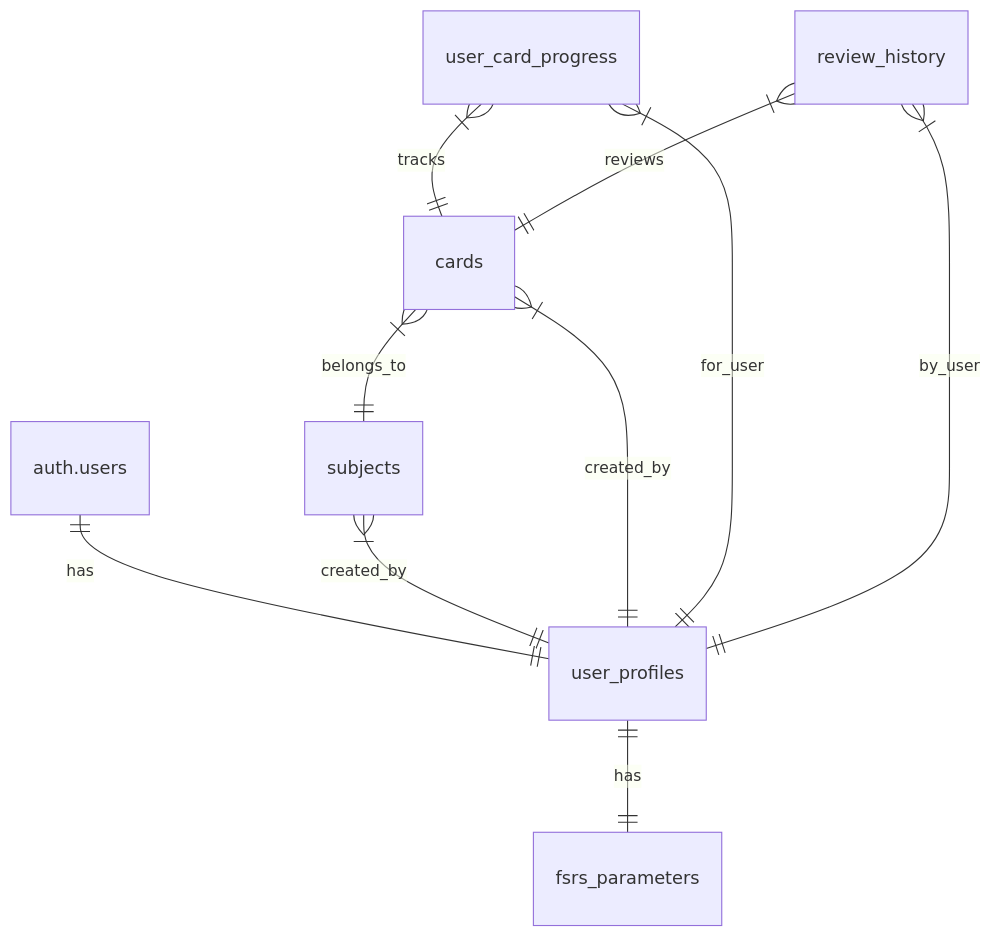
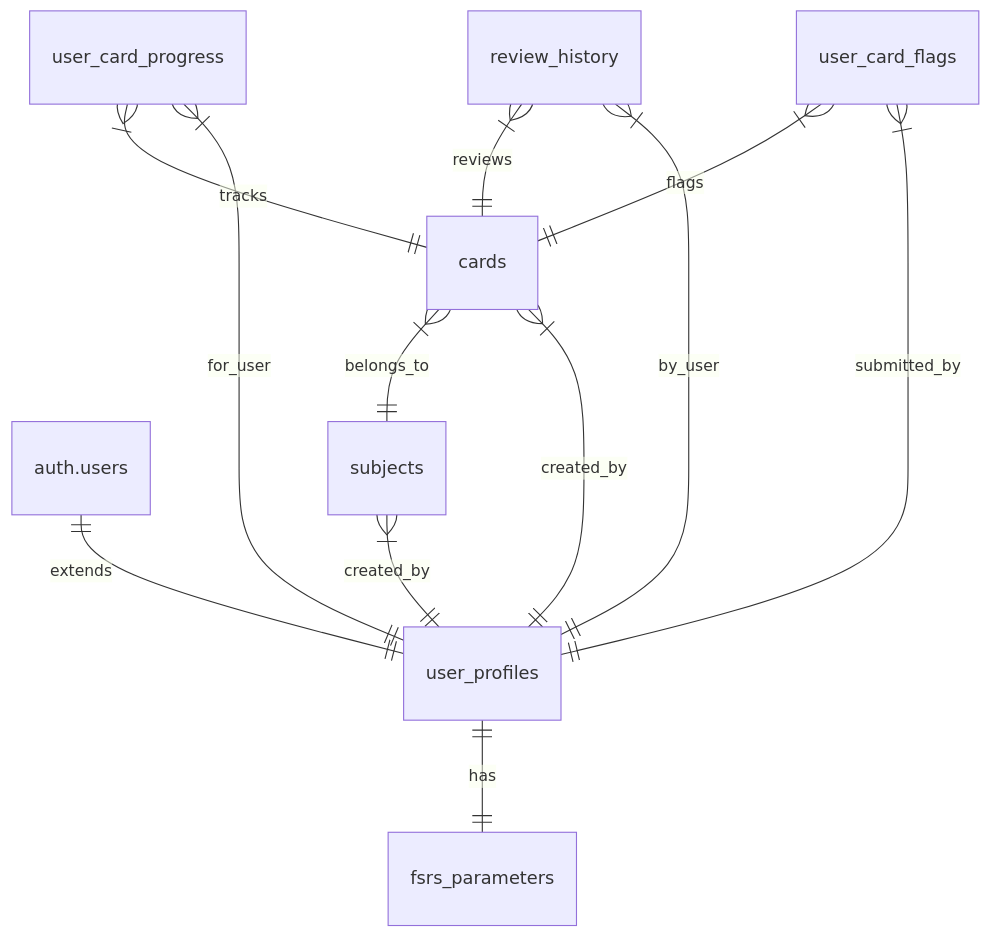
The diagram in migration/README.md (smibbs/sparep), drawn with Mermaid before and after one commit. The commit also changed other lines of this file and 42 other files, not shown here.

First line of the commit message:
feat: add complete admin dashboard and database schema updates

````diff
--- a/migration/README.md
+++ b/migration/README.md
@@ -110,12 +136,14 @@
 ```mermaid
 erDiagram
-    auth.users ||--|| user_profiles : has
+    auth.users ||--|| user_profiles : extends
     user_profiles ||--|| fsrs_parameters : has
     subjects }|--|| user_profiles : created_by
     cards }|--|| subjects : belongs_to
     cards }|--|| user_profiles : created_by
     user_card_progress }|--|| cards : tracks
     user_card_progress }|--|| user_profiles : for_user
     review_history }|--|| cards : reviews
     review_history }|--|| user_profiles : by_user
+    user_card_flags }|--|| cards : flags
+    user_card_flags }|--|| user_profiles : submitted_by
 ```
````
